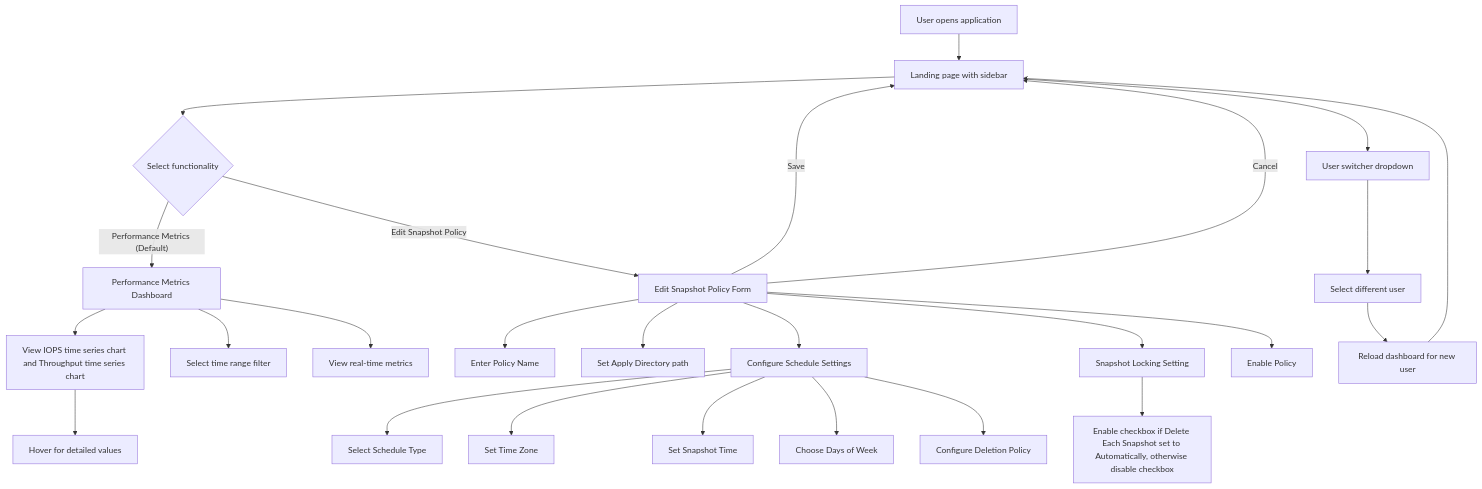
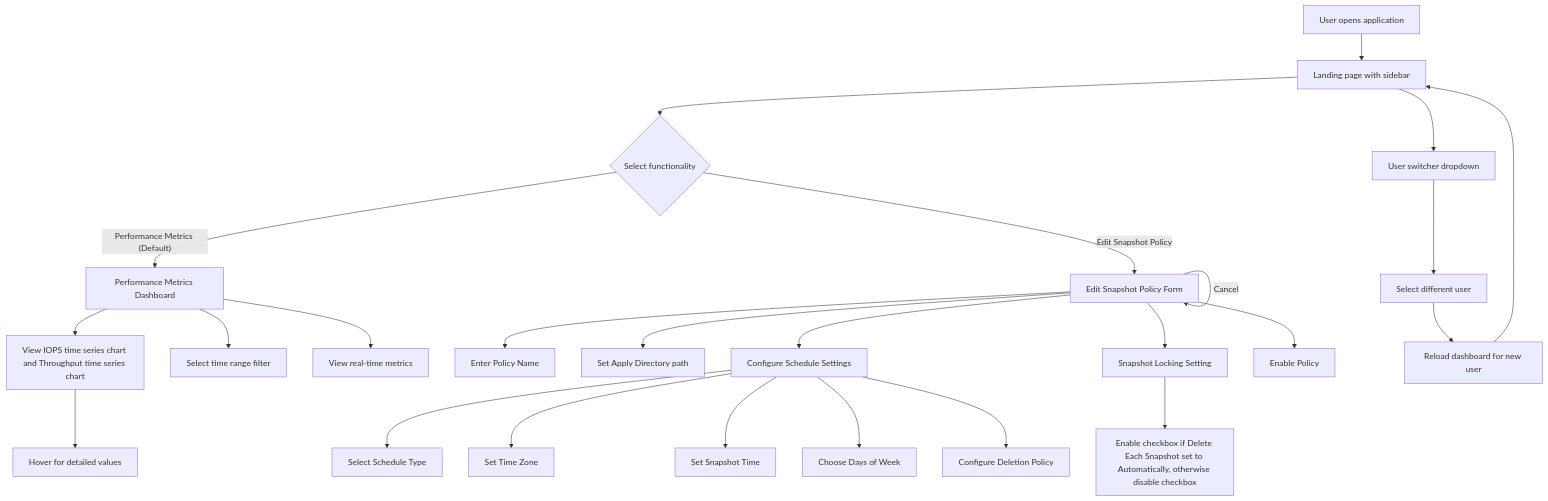
One commit to usbryanchlam/cluster-management changed the diagram in design/user-flow.mmd. Above: the diagram before and after it, drawn with Mermaid. The commit also changed 1 other file, not shown here.

Commit message:
Update the path that "Save" and "Cancel" of "Edit Snapshot Policy" should state at the same page.

```diff
--- a/design/user-flow.mmd
+++ b/design/user-flow.mmd
@@ -1,34 +1,34 @@
  flowchart TD
       A[User opens application] --> B[Landing page with sidebar]
       B --> C{Select functionality}
 
       C -->|Performance Metrics #40;Default#41;| D[Performance Metrics Dashboard]
       C -->|Edit Snapshot Policy| E[Edit Snapshot Policy Form]
 
       D --> D1[View IOPS time series chart and Throughput time series chart]
       D --> D2[Select time range filter]
       D --> D3[View real-time metrics]
       D1 --> D5[Hover for detailed values]
 
       E --> E1[Enter Policy Name]
       E --> E2[Set Apply Directory path]
       E --> E3[Configure Schedule Settings]
 
       E3 --> E3a[Select Schedule Type]
       E3 --> E3b[Set Time Zone]
       E3 --> E3c[Set Snapshot Time]
       E3 --> E3d[Choose Days of Week]
       E3 --> E3e[Configure Deletion Policy]
 
       E --> E4[Snapshot Locking Setting]
       E4 --> E4a[Enable checkbox if Delete Each Snapshot set to Automatically, otherwise disable checkbox]
 
       E --> E5[Enable Policy]
 
-      E --> |Save| B
-      E --> |Cancel| B
+      E --> |Save| E
+      E --> |Cancel| E
 
       B --> F[User switcher dropdown]
       F --> G[Select different user]
       G --> H[Reload dashboard for new user]
       H --> B
```
